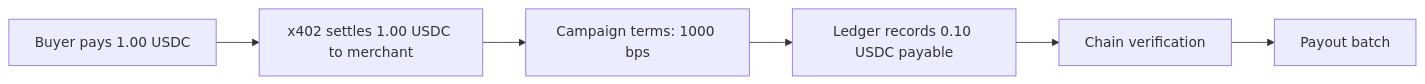
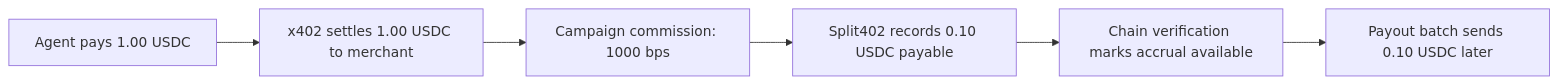
Before and after one commit to split402protocol/splitx402: the second of 6 diagrams in README.md, drawn with Mermaid. The commit also changed other lines of this file and 22 other files, not shown here.

````diff
--- a/README.md
+++ b/README.md
@@ -120,15 +77,15 @@
 ```mermaid
 flowchart LR
-  Gross["Buyer pays 1.00 USDC"]
-  Settle["x402 settles 1.00 USDC to merchant"]
-  Terms["Campaign terms: 1000 bps"]
-  Accrual["Ledger records 0.10 USDC payable"]
-  Verify["Chain verification"]
-  Batch["Payout batch"]
+  Pay["Agent pays 1.00 USDC"]
+  Gross["x402 settles 1.00 USDC to merchant"]
+  Terms["Campaign commission: 1000 bps"]
+  Liability["Split402 records 0.10 USDC payable"]
+  Verify["Chain verification marks accrual available"]
+  Batch["Payout batch sends 0.10 USDC later"]
 
-  Gross --> Settle
-  Settle --> Terms
-  Terms --> Accrual
-  Accrual --> Verify
+  Pay --> Gross
+  Gross --> Terms
+  Terms --> Liability
+  Liability --> Verify
   Verify --> Batch
 ```
````
